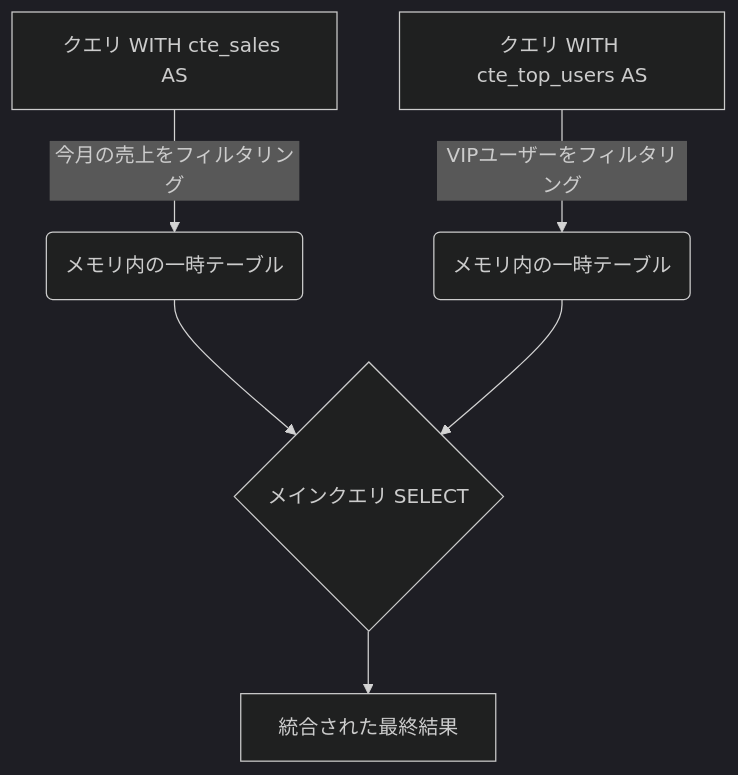
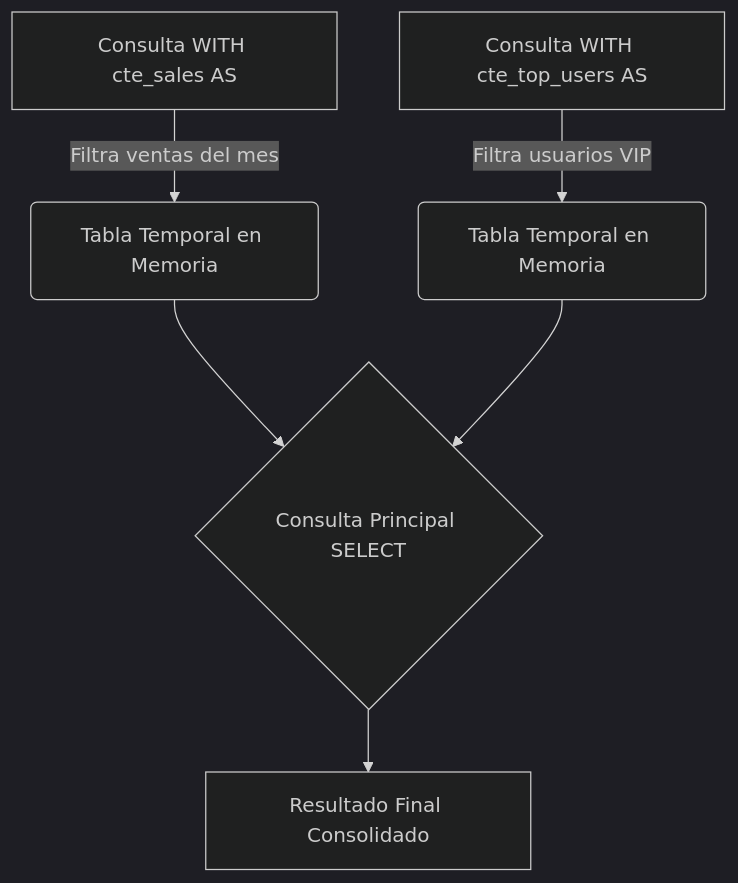
One commit to gjpierp/nmergeia changed the first of 3 diagrams in public/docs/ja/postgres_medio.md. Above: the diagram before and after it, drawn with Mermaid (dark theme). The commit also changed other lines of this file and 518 other files, not shown here.

````diff
--- a/public/docs/ja/postgres_medio.md
+++ b/public/docs/ja/postgres_medio.md
@@ -11,8 +11,8 @@
 ```mermaid
 flowchart TD
-    A[クエリ WITH cte_sales AS] -->|今月の売上をフィルタリング| B(メモリ内の一時テーブル)
-    C[クエリ WITH cte_top_users AS] -->|VIPユーザーをフィルタリング| D(メモリ内の一時テーブル)
-    B --> E{メインクエリ SELECT}
+    A[Consulta WITH cte_sales AS] -->|Filtra ventas del mes| B(Tabla Temporal en Memoria)
+    C[Consulta WITH cte_top_users AS] -->|Filtra usuarios VIP| D(Tabla Temporal en Memoria)
+    B --> E{Consulta Principal SELECT}
     D --> E
-    E --> F[統合された最終結果]
+    E --> F[Resultado Final Consolidado]
 ```
````
